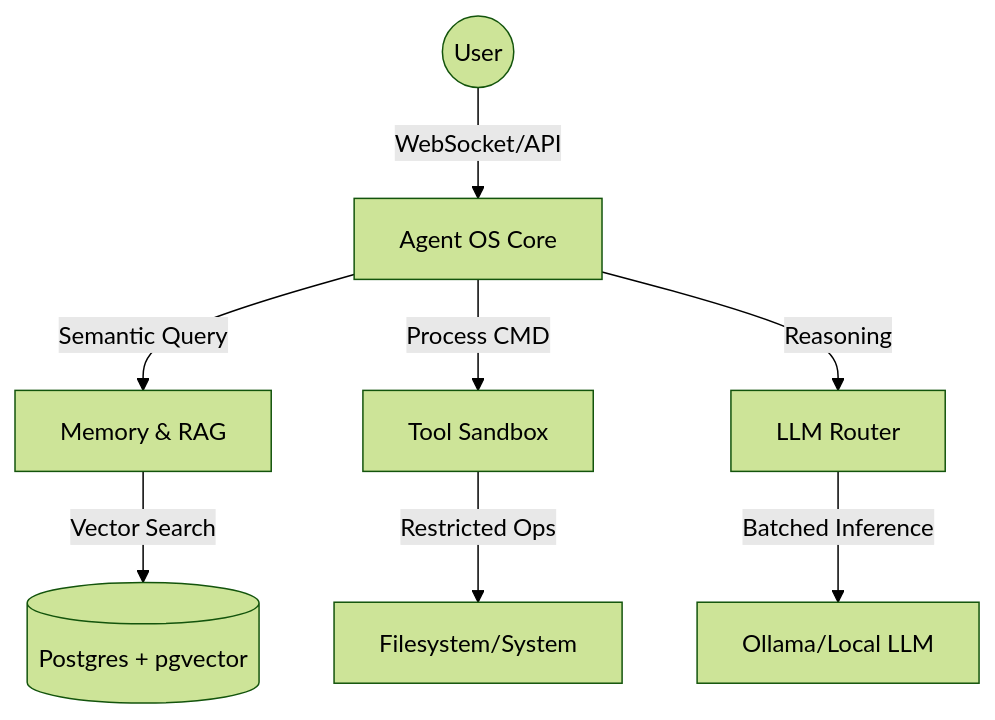
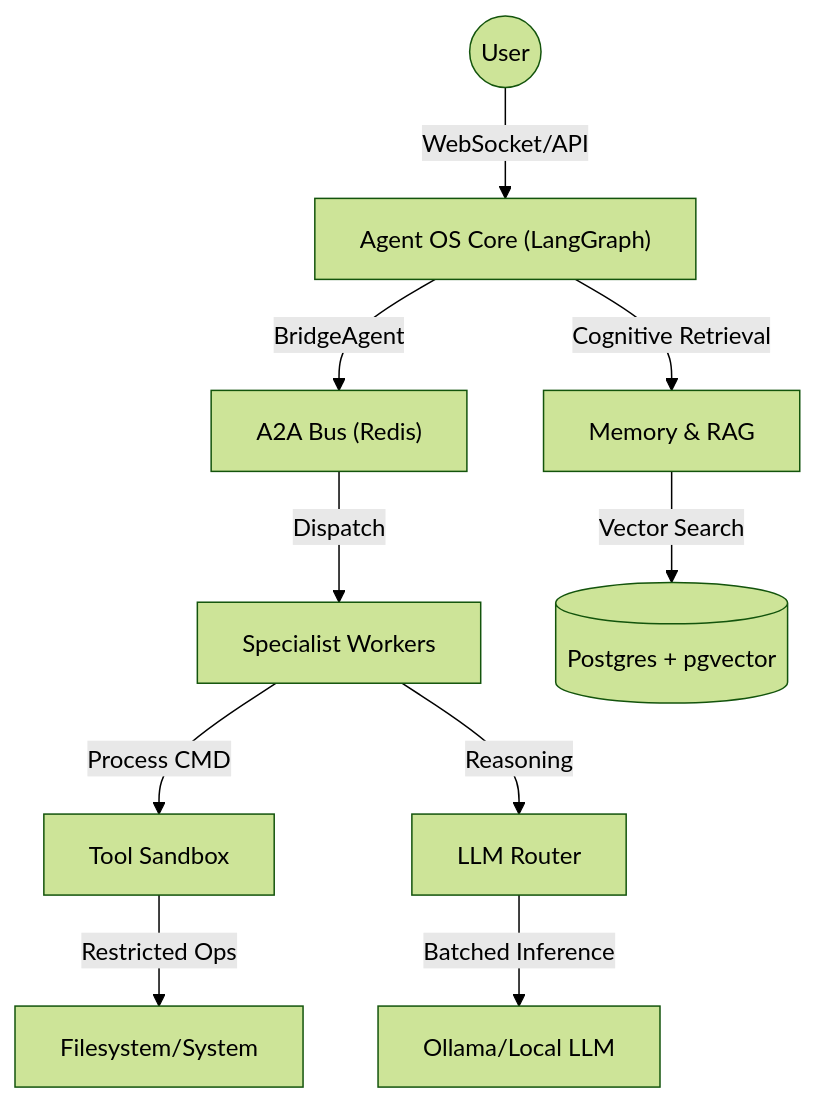
Before and after one commit to savyasachi6/agentic_os: the diagram in docs/architecture.md, drawn with Mermaid (forest theme). The commit also changed other lines of this file and 13 other files, not shown here.

Commit message:
feat: implement capability and code specialist agents with supporting documentation and architecture definitions

````diff
--- a/docs/architecture.md
+++ b/docs/architecture.md
@@ -9,10 +9,12 @@
 ```mermaid
 graph TD
-    User(("User")) -->|WebSocket/API| Core["Agent OS Core"]
-    Core -->|Semantic Query| Memory["Memory & RAG"]
-    Core -->|Process CMD| Sandbox["Tool Sandbox"]
-    Core -->|Reasoning| LLM["LLM Router"]
+    User(("User")) -->|WebSocket/API| Core["Agent OS Core (LangGraph)"]
+    Core -->|BridgeAgent| Bus["A2A Bus (Redis)"]
+    Bus -->|Dispatch| Workers["Specialist Workers"]
+    Core -->|Cognitive Retrieval| Memory["Memory & RAG"]
     Memory -->|Vector Search| pgvector[("Postgres + pgvector")]
+    Workers -->|Process CMD| Sandbox["Tool Sandbox"]
+    Workers -->|Reasoning| LLM["LLM Router"]
     LLM -->|Batched Inference| Ollama["Ollama/Local LLM"]
     Sandbox -->|Restricted Ops| FS["Filesystem/System"]
 ```
````
